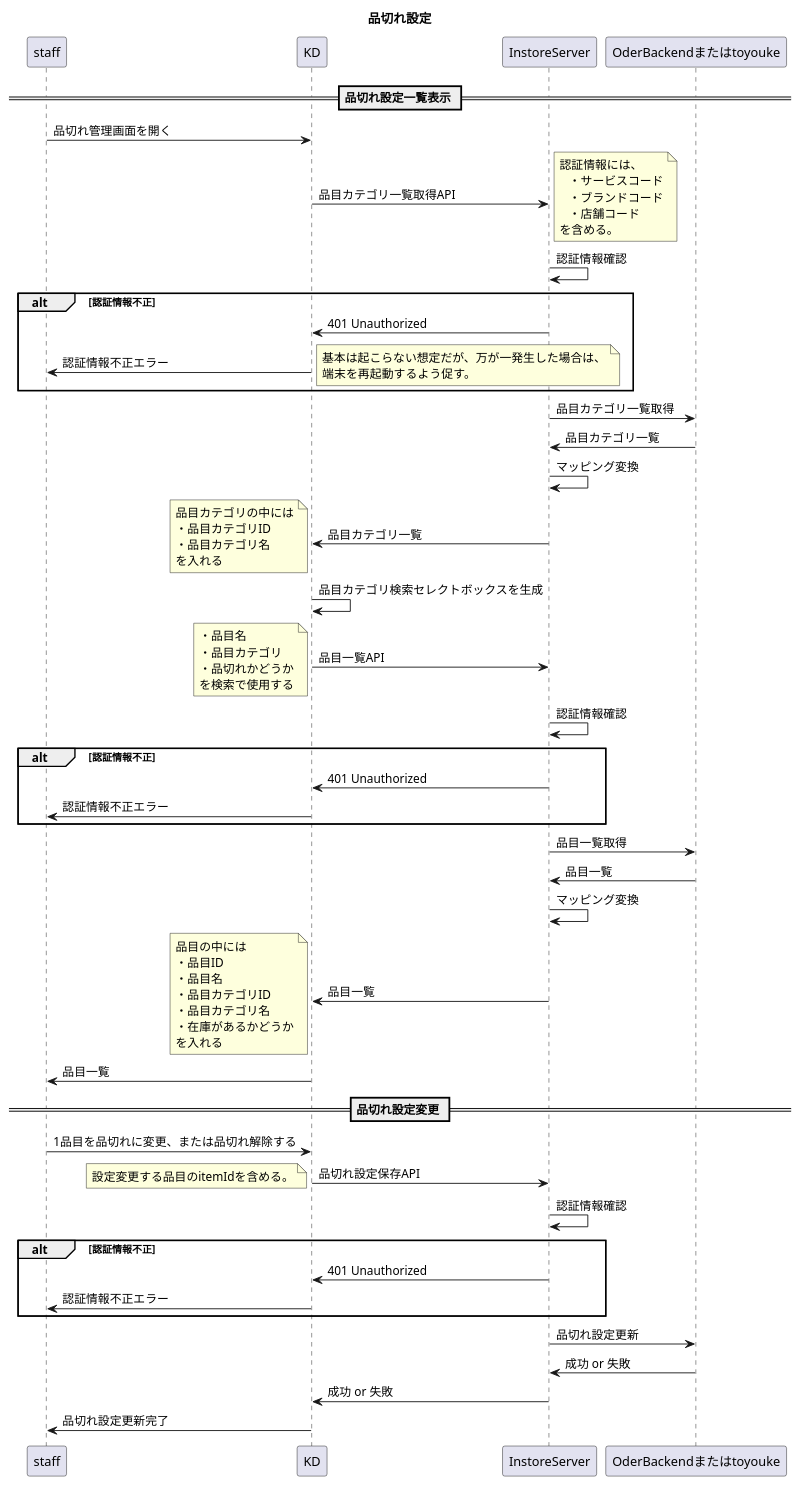
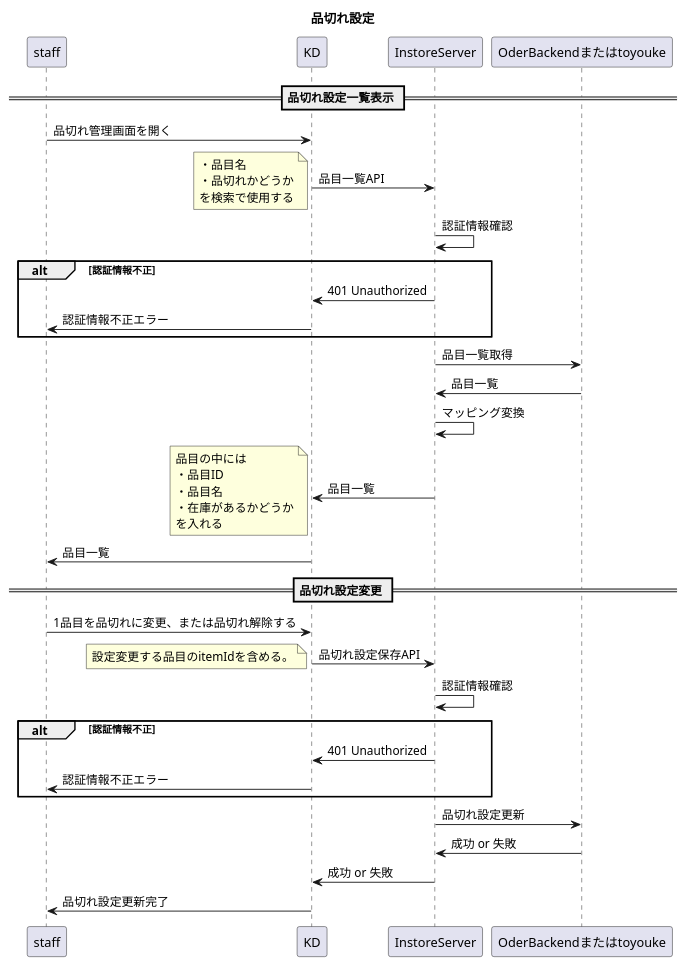
Before and after one commit to kmurata08/plantuml-editor: the diagram in instore/stock_setting.pu, drawn with PlantUML. The commit also changed 2 other files, not shown here.

```diff
--- a/instore/stock_setting.pu
+++ b/instore/stock_setting.pu
@@ -1,87 +1,52 @@
 title 品切れ設定
 
 participant staff
 participant KD
 participant InstoreServer as i
 participant OderBackendまたはtoyouke as ot
 
 == 品切れ設定一覧表示 ==
 staff -> KD: 品切れ管理画面を開く
-KD -> i: 品目カテゴリ一覧取得API
-note right
-    認証情報には、
-       ・サービスコード
-       ・ブランドコード
-       ・店舗コード
-    を含める。
-end note
-i -> i: 認証情報確認
-alt 認証情報不正
-    i -> KD: 401 Unauthorized
-    KD -> staff: 認証情報不正エラー
-    note right
-        基本は起こらない想定だが、万が一発生した場合は、
-        端末を再起動するよう促す。
-    end note
-end
-
-i -> ot: 品目カテゴリ一覧取得
-ot -> i: 品目カテゴリ一覧
-
-i -> i: マッピング変換
-i -> KD: 品目カテゴリ一覧
-note left
-    品目カテゴリの中には
-    ・品目カテゴリID
-    ・品目カテゴリ名
-    を入れる
-end note
-
-KD -> KD: 品目カテゴリ検索セレクトボックスを生成
-
 KD -> i: 品目一覧API
 note left
     ・品目名
-    ・品目カテゴリ
     ・品切れかどうか
     を検索で使用する
 end note
 i -> i: 認証情報確認
 alt 認証情報不正
     i -> KD: 401 Unauthorized
     KD -> staff: 認証情報不正エラー
 end
 
 i -> ot: 品目一覧取得
 ot -> i: 品目一覧
 i -> i: マッピング変換
 i -> KD: 品目一覧
 note left
     品目の中には
     ・品目ID
     ・品目名
-    ・品目カテゴリID
-    ・品目カテゴリ名
     ・在庫があるかどうか
     を入れる
 end note
 KD -> staff: 品目一覧
 
 == 品切れ設定変更 ==
 staff -> KD: 1品目を品切れに変更、または品切れ解除する
 
 KD -> i: 品切れ設定保存API
 note left
     設定変更する品目のitemIdを含める。
 end note
 
 i -> i: 認証情報確認
 alt 認証情報不正
     i -> KD: 401 Unauthorized
     KD -> staff: 認証情報不正エラー
 end
 
 i -> ot: 品切れ設定更新
 ot -> i: 成功 or 失敗
 i -> KD: 成功 or 失敗
 KD -> staff: 品切れ設定更新完了
```
